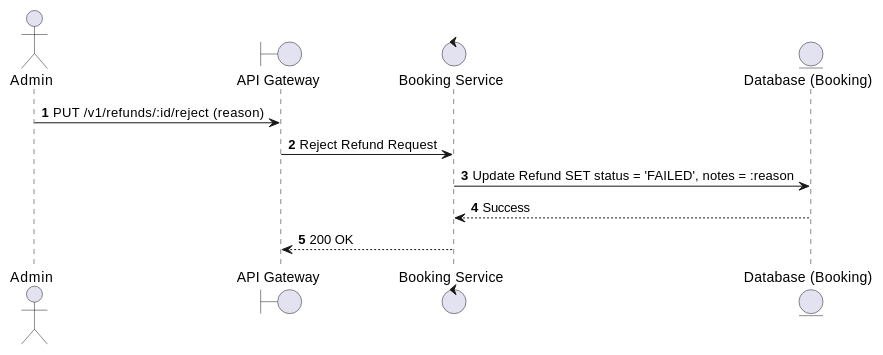
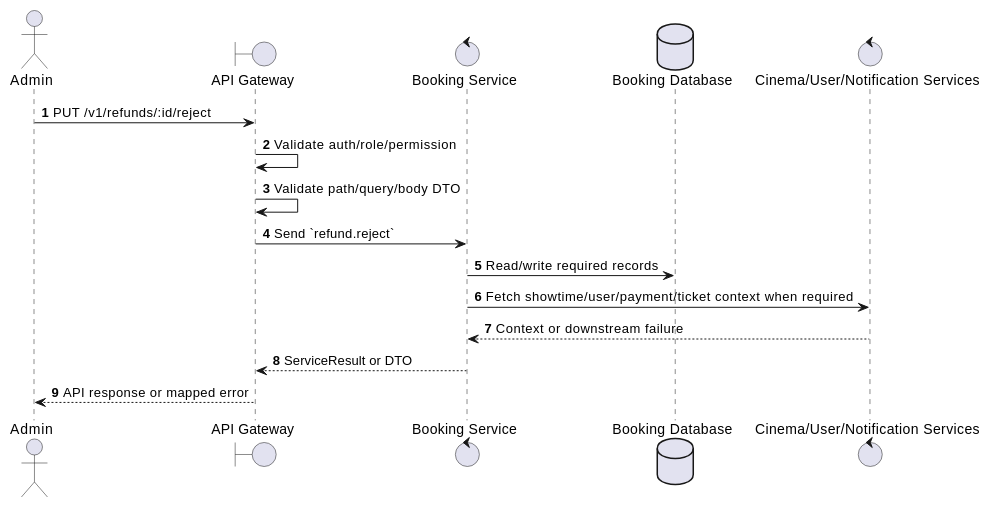
Before and after one commit to Tanh1603/movie-hub-architecture: the first of 2 diagrams in docs/functional_specs/3.8_Refund_Management_Module/RF-07_Reject_Refund.md, drawn with PlantUML. The commit also changed other lines of this file and 126 other files, not shown here.

````diff
--- a/docs/functional_specs/3.8_Refund_Management_Module/RF-07_Reject_Refund.md
+++ b/docs/functional_specs/3.8_Refund_Management_Module/RF-07_Reject_Refund.md
@@ -17,15 +17,20 @@
 ```plantuml
 @startuml
 autonumber
-actor Admin
+actor "Admin" as Actor
 boundary "API Gateway" as GW
-control "Booking Service" as BS
-entity "Database (Booking)" as DB
+control "Booking Service" as SVC
+database "Booking Database" as DB
+control "Cinema/User/Notification Services" as EXT
 
-Admin -> GW: PUT /v1/refunds/:id/reject (reason)
-GW -> BS: Reject Refund Request
-BS -> DB: Update Refund SET status = 'FAILED', notes = :reason
-DB --> BS: Success
-BS --> GW: 200 OK
+Actor -> GW: PUT /v1/refunds/:id/reject
+GW -> GW: Validate auth/role/permission
+GW -> GW: Validate path/query/body DTO
+GW -> SVC: Send `refund.reject`
+SVC -> DB: Read/write required records
+SVC -> EXT: Fetch showtime/user/payment/ticket context when required
+EXT --> SVC: Context or downstream failure
+SVC --> GW: ServiceResult or DTO
+GW --> Actor: API response or mapped error
 @enduml
 ```
````
